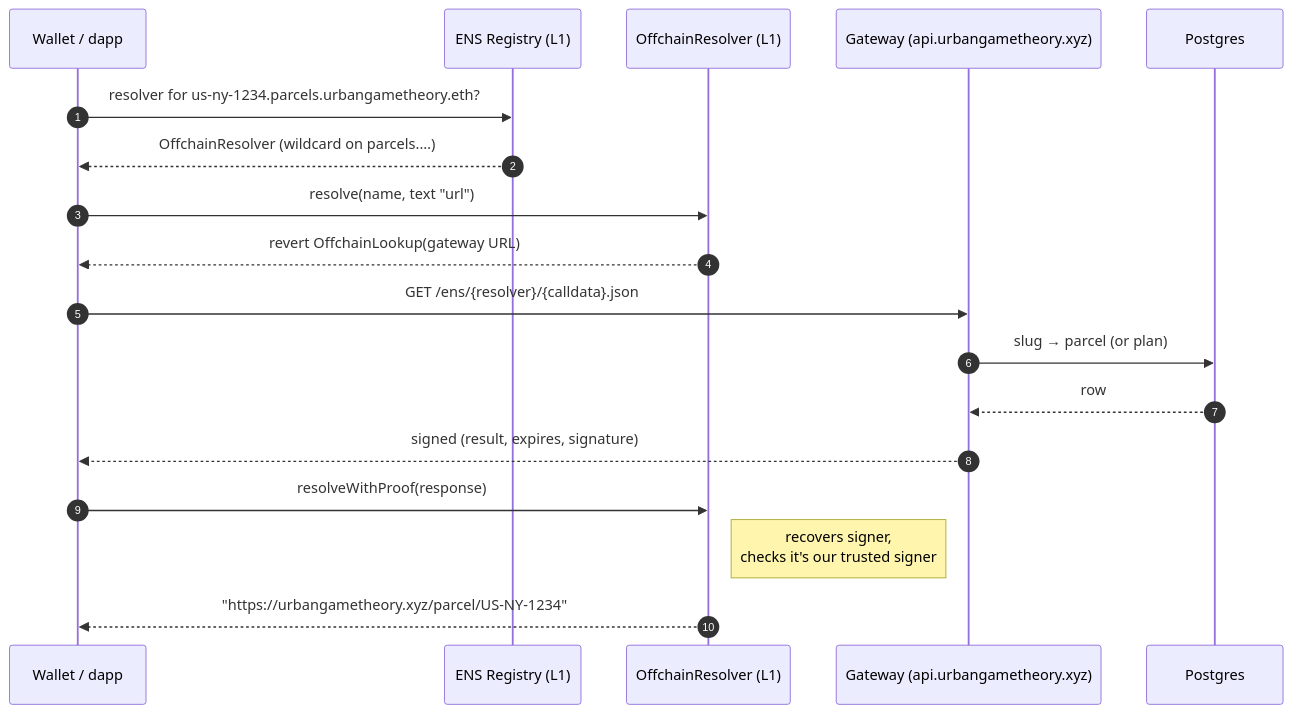
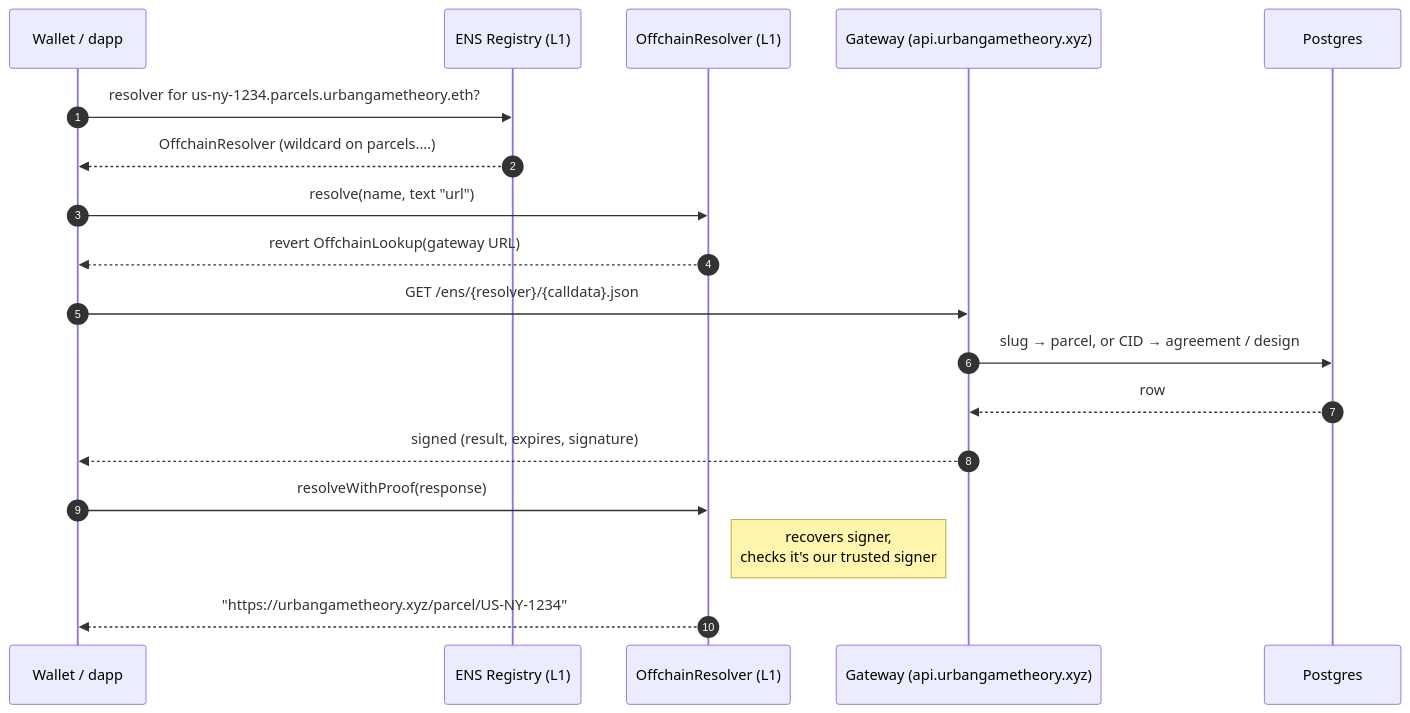
The second of 4 diagrams in docs/feature-ens-readme.md (Poglavar/consensus-builder), drawn with Mermaid before and after one commit. The commit also changed other lines of this file and 136 other files, not shown here.

````diff
--- a/docs/feature-ens-readme.md
+++ b/docs/feature-ens-readme.md
@@ -77,21 +76,21 @@
 ```mermaid
 sequenceDiagram
     autonumber
     participant App as Wallet / dapp
     participant ENS as ENS Registry (L1)
     participant R as OffchainResolver (L1)
     participant GW as Gateway (api.urbangametheory.xyz)
     participant DB as Postgres
 
     App->>ENS: resolver for us-ny-1234.parcels.urbangametheory.eth?
     ENS-->>App: OffchainResolver (wildcard on parcels.…)
     App->>R: resolve(name, text "url")
     R-->>App: revert OffchainLookup(gateway URL)
     App->>GW: GET /ens/{resolver}/{calldata}.json
-    GW->>DB: slug → parcel (or plan)
+    GW->>DB: slug → parcel, or CID → agreement / design
     DB-->>GW: row
     GW-->>App: signed (result, expires, signature)
     App->>R: resolveWithProof(response)
     Note right of R: recovers signer,<br/>checks it's our trusted signer
     R-->>App: "https://urbangametheory.xyz/parcel/US-NY-1234"
 ```
````
